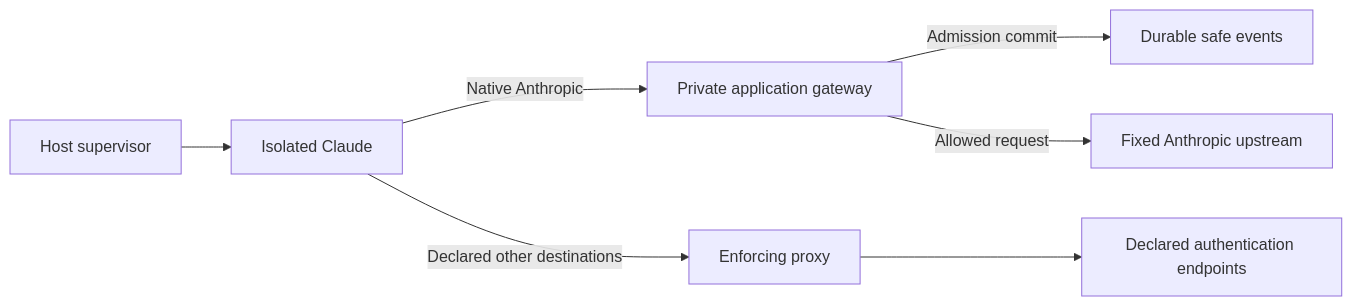
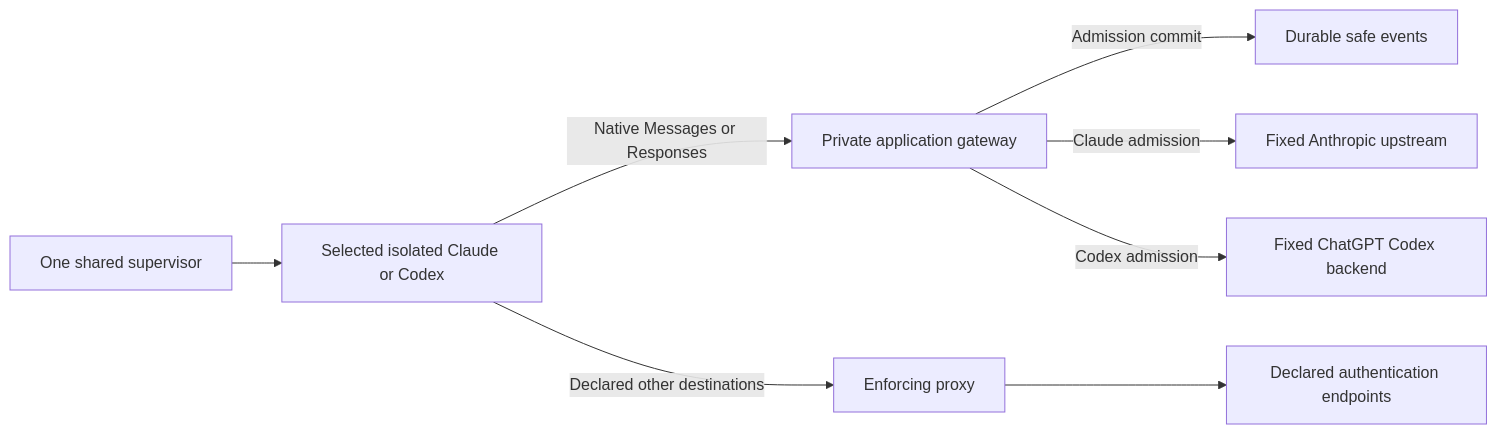
One commit to dmitrykitty/ai-ctrl changed the diagram in ARCHITECTURE.md. Above: the diagram before and after it, drawn with Mermaid. The commit also changed other lines of this file and 6 other files, not shown here.

````diff
--- a/ARCHITECTURE.md
+++ b/ARCHITECTURE.md
@@ -7,9 +7,10 @@
 ```mermaid
 flowchart LR
-    Host[Host supervisor] --> Agent[Isolated Claude]
-    Agent -->|Native Anthropic| Gateway[Private application gateway]
+    Host[One shared supervisor] --> Agent[Selected isolated Claude or Codex]
+    Agent -->|Native Messages or Responses| Gateway[Private application gateway]
     Agent -->|Declared other destinations| Proxy[Enforcing proxy]
     Gateway -->|Admission commit| SQLite[Durable safe events]
-    Gateway -->|Allowed request| Anthropic[Fixed Anthropic upstream]
+    Gateway -->|Claude admission| Anthropic[Fixed Anthropic upstream]
+    Gateway -->|Codex admission| ChatGPT[Fixed ChatGPT Codex backend]
     Proxy --> Auth[Declared authentication endpoints]
 ```
````
